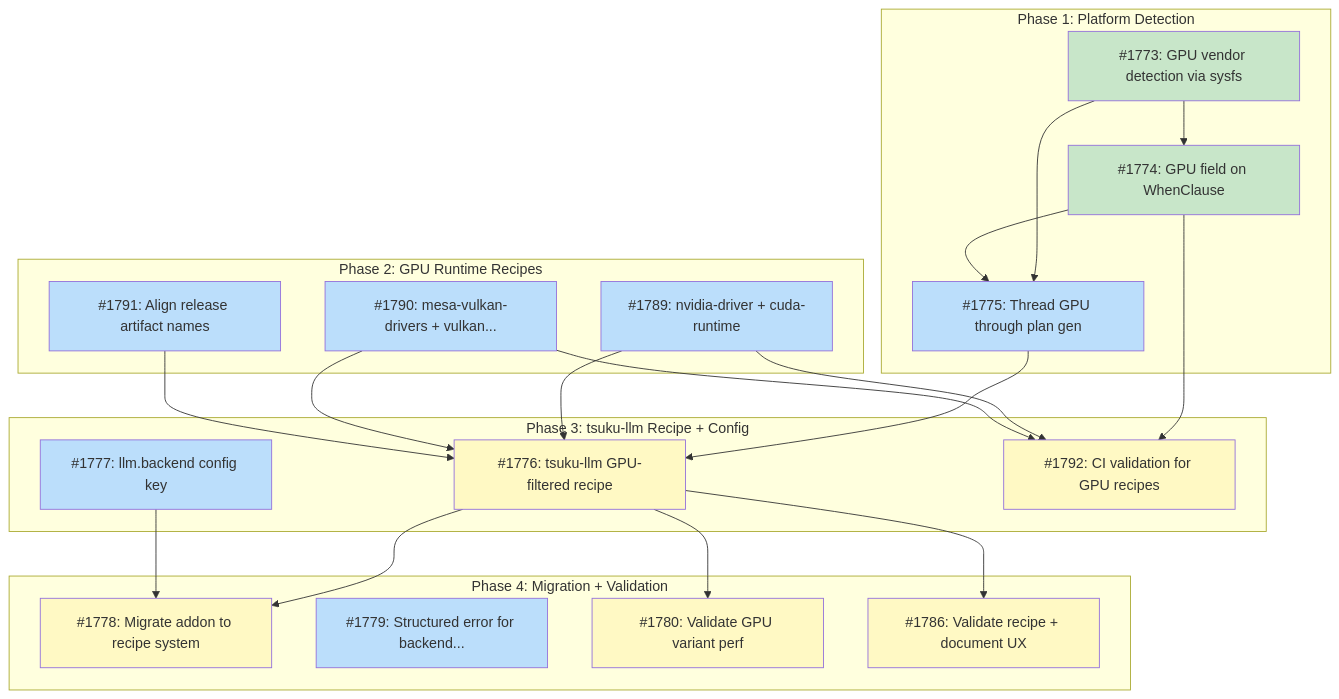
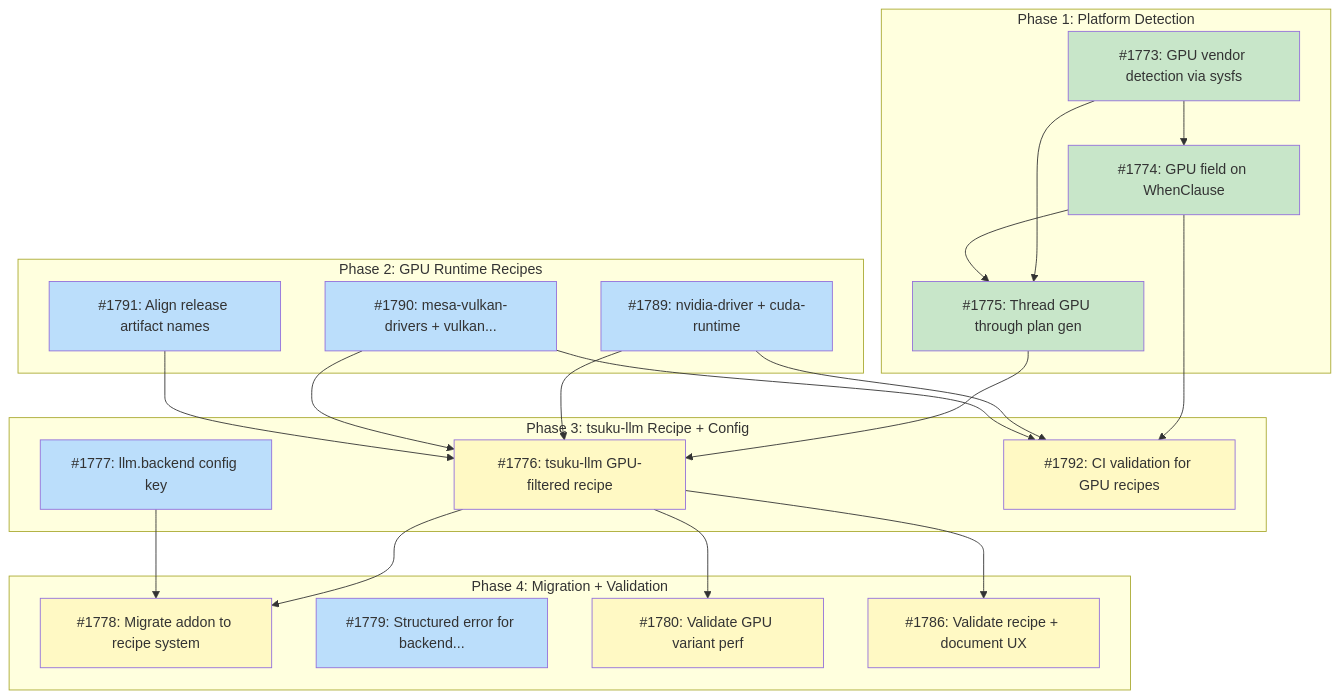
One commit to tsukumogami/tsuku changed the diagram in docs/designs/DESIGN-gpu-backend-selection.md. Above: the diagram before and after it, drawn with Mermaid. The commit also changed other lines of this file and 5 other files, not shown here.

````diff
--- a/docs/designs/DESIGN-gpu-backend-selection.md
+++ b/docs/designs/DESIGN-gpu-backend-selection.md
@@ -72,52 +72,52 @@
 ```mermaid
 graph TD
     subgraph Phase1["Phase 1: Platform Detection"]
         I1773["#1773: GPU vendor detection via sysfs"]
         I1774["#1774: GPU field on WhenClause"]
         I1775["#1775: Thread GPU through plan gen"]
     end
 
     subgraph Phase2["Phase 2: GPU Runtime Recipes"]
         I1789["#1789: nvidia-driver + cuda-runtime"]
         I1790["#1790: mesa-vulkan-drivers + vulkan..."]
         I1791["#1791: Align release artifact names"]
     end
 
     subgraph Phase3["Phase 3: tsuku-llm Recipe + Config"]
         I1776["#1776: tsuku-llm GPU-filtered recipe"]
         I1777["#1777: llm.backend config key"]
         I1792["#1792: CI validation for GPU recipes"]
     end
 
     subgraph Phase4["Phase 4: Migration + Validation"]
         I1778["#1778: Migrate addon to recipe system"]
         I1779["#1779: Structured error for backend..."]
         I1780["#1780: Validate GPU variant perf"]
         I1786["#1786: Validate recipe + document UX"]
     end
 
     I1773 --> I1774
     I1773 --> I1775
     I1774 --> I1775
     I1774 --> I1792
     I1789 --> I1792
     I1790 --> I1792
     I1775 --> I1776
     I1789 --> I1776
     I1790 --> I1776
     I1791 --> I1776
     I1776 --> I1778
     I1777 --> I1778
     I1776 --> I1780
     I1776 --> I1786
 
     classDef done fill:#c8e6c9
     classDef ready fill:#bbdefb
     classDef blocked fill:#fff9c4
     classDef needsDesign fill:#e1bee7
     classDef tracksDesign fill:#FFE0B2,stroke:#F57C00,color:#000
 
-    class I1773,I1774 done
-    class I1775,I1777,I1779,I1789,I1790,I1791 ready
+    class I1773,I1774,I1775 done
+    class I1777,I1779,I1789,I1790,I1791 ready
     class I1776,I1778,I1780,I1786,I1792 blocked
 ```
````
